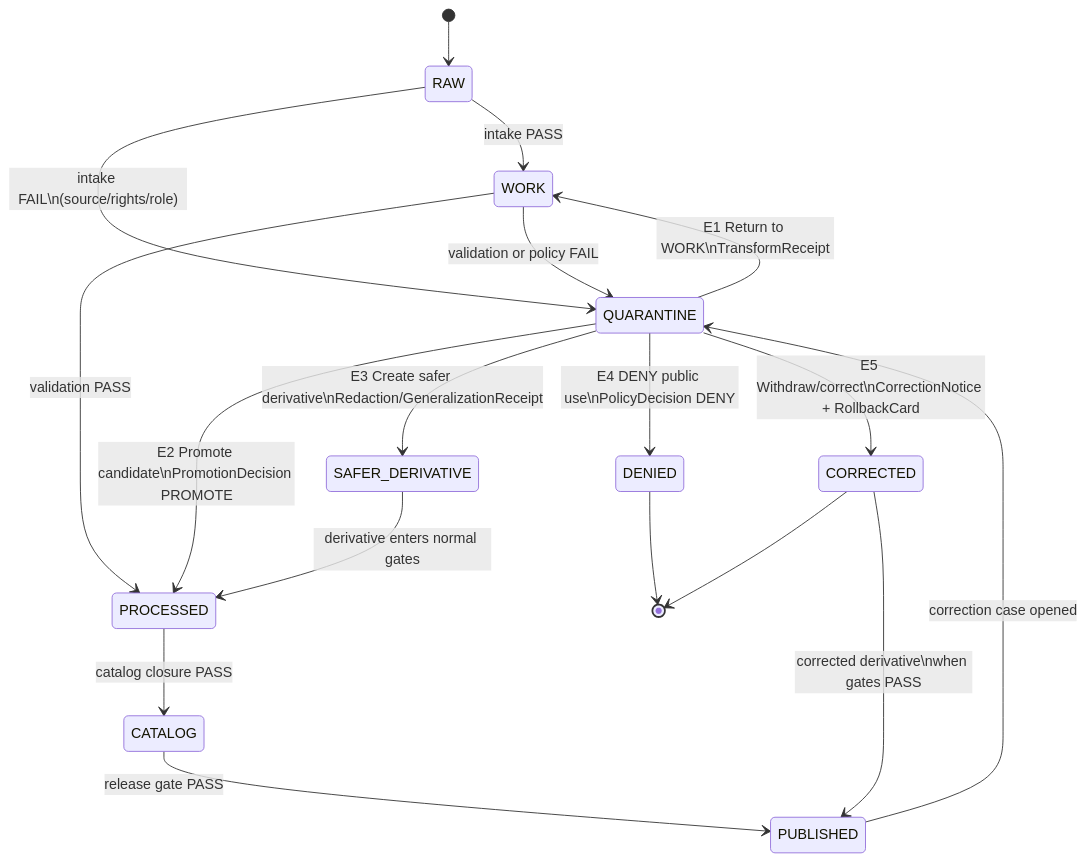
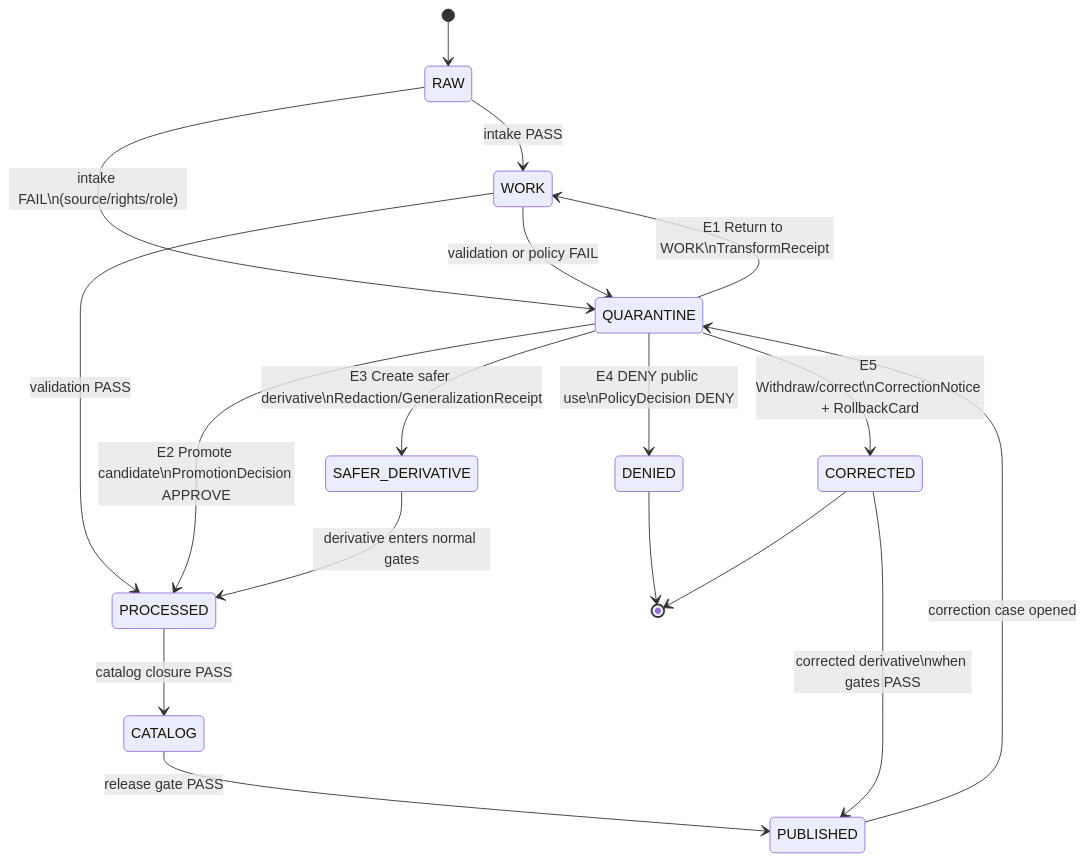
The diagram in docs/adr/ADR-0021-quarantine-has-structured-exit-paths.md (bartytime4life/Kansas-Frontier-Matrix), drawn with Mermaid before and after one commit. The commit also changed other lines of this file, not shown here.

Commit message:
Modernize ADR-0021 quarantine exit paths

````diff
--- a/docs/adr/ADR-0021-quarantine-has-structured-exit-paths.md
+++ b/docs/adr/ADR-0021-quarantine-has-structured-exit-paths.md
@@ -178,22 +211,22 @@
 ```mermaid
 stateDiagram-v2
     [*] --> RAW
     RAW --> WORK : intake PASS
     RAW --> QUARANTINE : intake FAIL\n(source/rights/role)
     WORK --> QUARANTINE : validation or policy FAIL
     WORK --> PROCESSED : validation PASS
     PROCESSED --> CATALOG : catalog closure PASS
     CATALOG --> PUBLISHED : release gate PASS
 
     QUARANTINE --> WORK : E1 Return to WORK\nTransformReceipt
-    QUARANTINE --> PROCESSED : E2 Promote candidate\nPromotionDecision PROMOTE
+    QUARANTINE --> PROCESSED : E2 Promote candidate\nPromotionDecision APPROVE
     QUARANTINE --> SAFER_DERIVATIVE : E3 Create safer derivative\nRedaction/GeneralizationReceipt
     SAFER_DERIVATIVE --> PROCESSED : derivative enters normal gates
     QUARANTINE --> DENIED : E4 DENY public use\nPolicyDecision DENY
 
     PUBLISHED --> QUARANTINE : correction case opened
     QUARANTINE --> CORRECTED : E5 Withdraw/correct\nCorrectionNotice + RollbackCard
     CORRECTED --> PUBLISHED : corrected derivative\nwhen gates PASS
     DENIED --> [*]
     CORRECTED --> [*]
 ```
````
